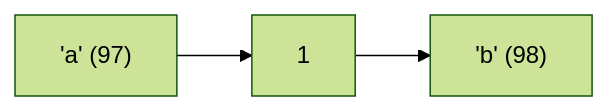
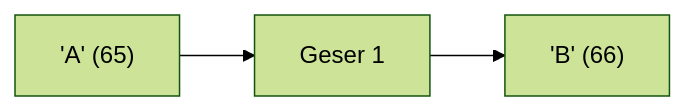
Diagram 14 of 25 in part-c-pemahaman-cpp/01-tipe-data/latihan/set-02.md (amnahwaida/OSNK_INF_PREP), drawn with Mermaid (forest theme) before and after one commit. The commit also changed other lines of this file and 71 other files, not shown here.

````diff
--- a/part-c-pemahaman-cpp/01-tipe-data/latihan/set-02.md
+++ b/part-c-pemahaman-cpp/01-tipe-data/latihan/set-02.md
@@ -376,5 +392,5 @@
 ```mermaid
 graph LR
-A["'a' (97)"] --> B["1"]
-B --> C["'b' (98)"]
+A["'A' (65)"] --> B["Geser 1"]
+B --> C["'B' (66)"]
 ```
````
